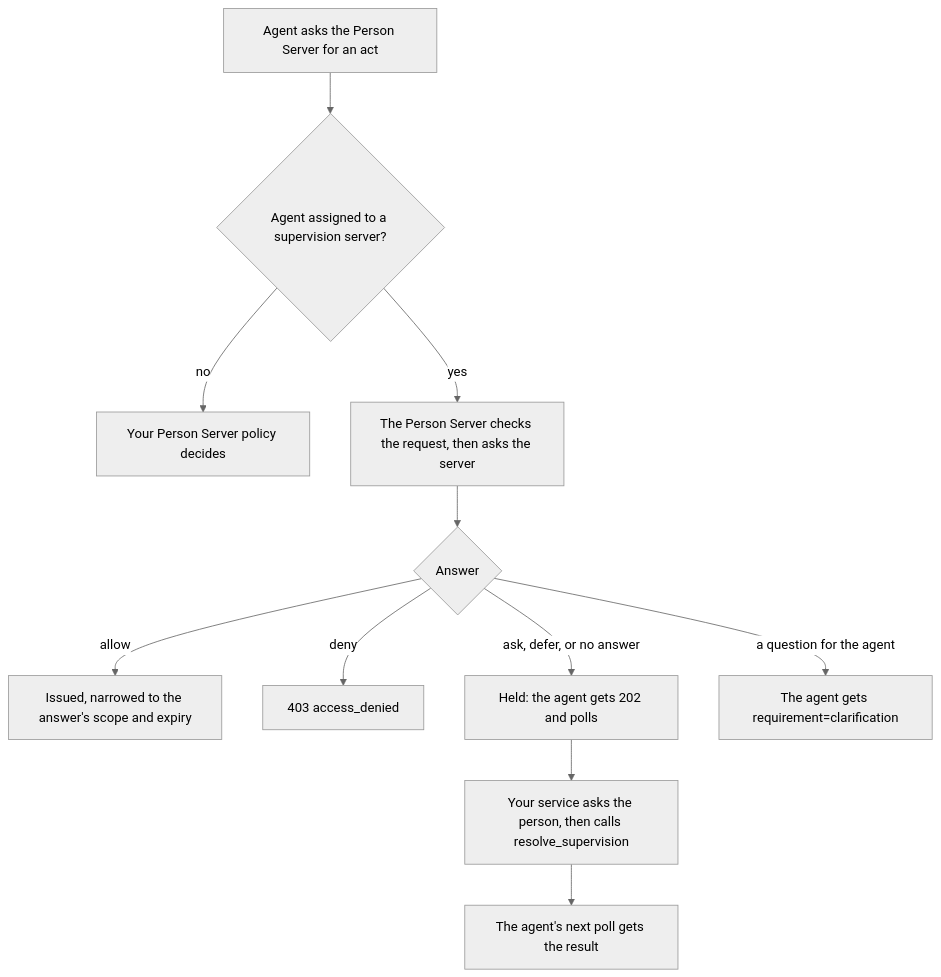
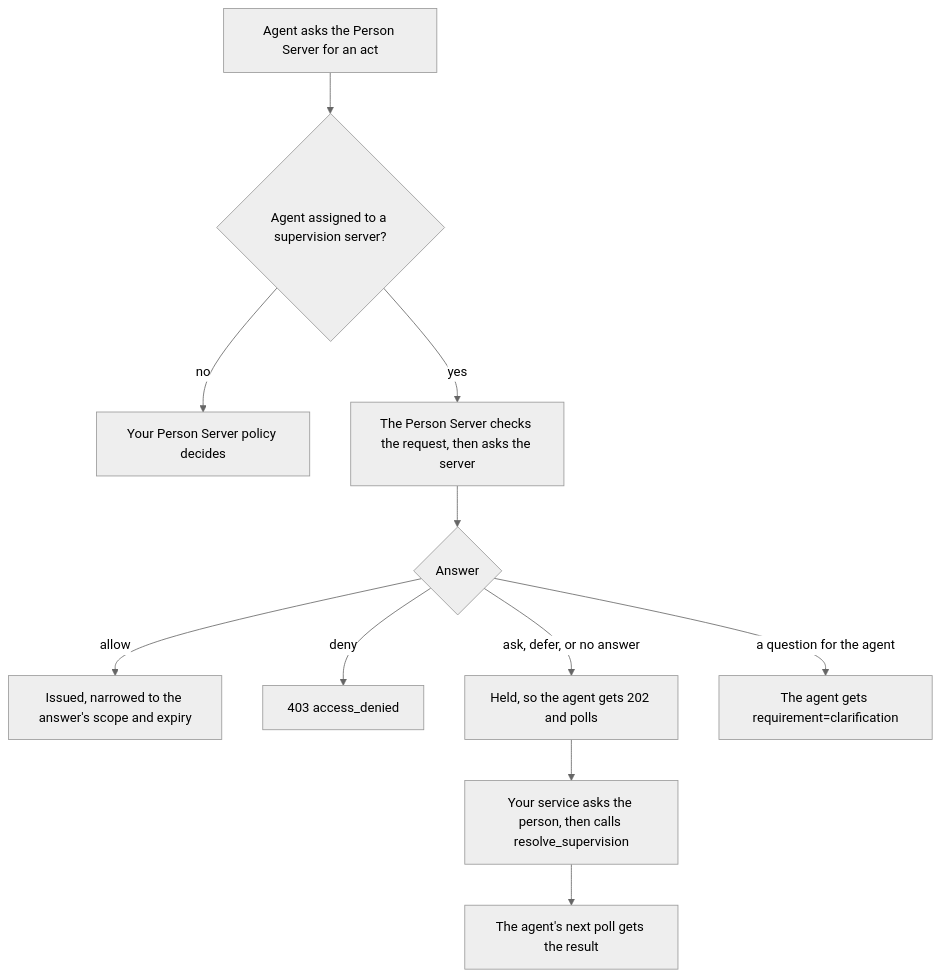
Before and after one commit to sidecat-dev/aauth-rust: the diagram in docs/features/supervision.md, drawn with Mermaid (neutral theme). The commit also changed 14 other files, not shown here.

First line of the commit message:
docs: make every mermaid diagram render on GitLab

````diff
--- a/docs/features/supervision.md
+++ b/docs/features/supervision.md
@@ -17,13 +17,13 @@
 ```mermaid
 flowchart TD
     A[Agent asks the Person Server for an act] --> B{Agent assigned to a supervision server?}
     B -->|no| P[Your Person Server policy decides]
     B -->|yes| C[The Person Server checks the request, then asks the server]
     C --> D{Answer}
     D -->|allow| E[Issued, narrowed to the answer's scope and expiry]
     D -->|deny| F[403 access_denied]
-    D -->|ask, defer, or no answer| G[Held: the agent gets 202 and polls]
+    D -->|ask, defer, or no answer| G[Held, so the agent gets 202 and polls]
     D -->|a question for the agent| H[The agent gets requirement=clarification]
     G --> I[Your service asks the person, then calls resolve_supervision]
     I --> J[The agent's next poll gets the result]
 ```
````
